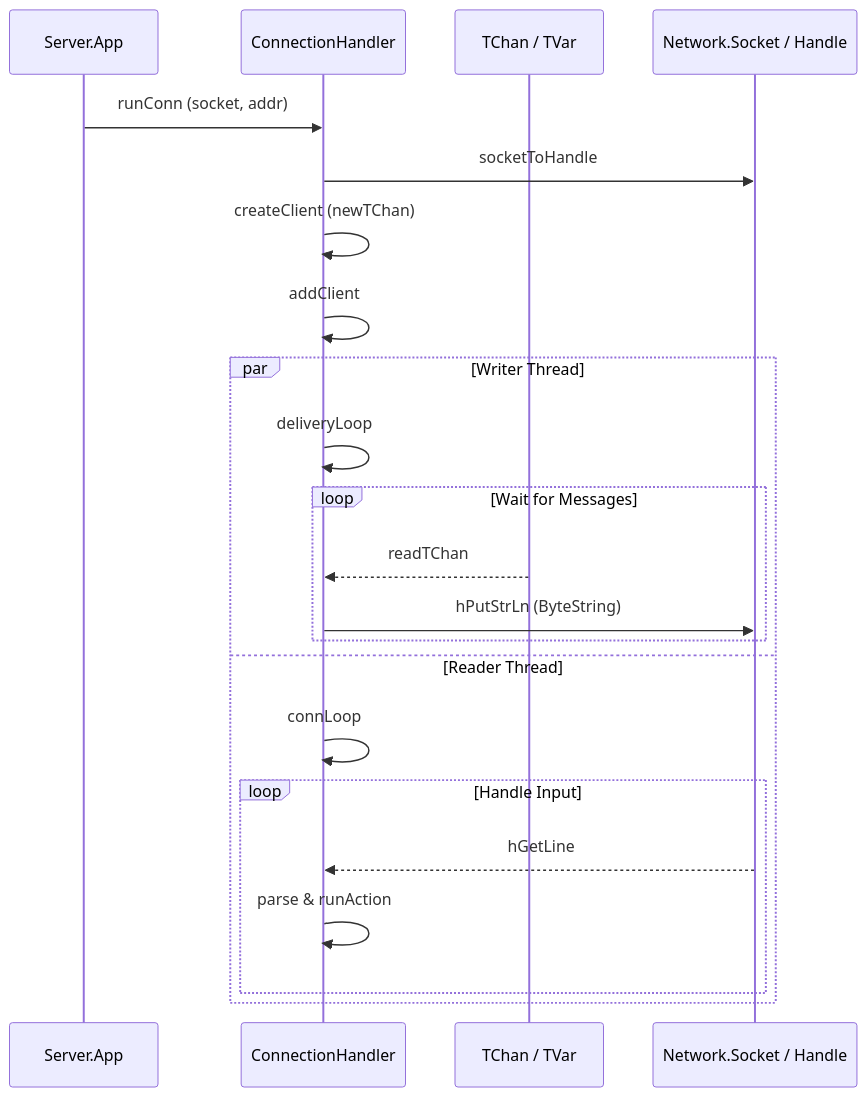
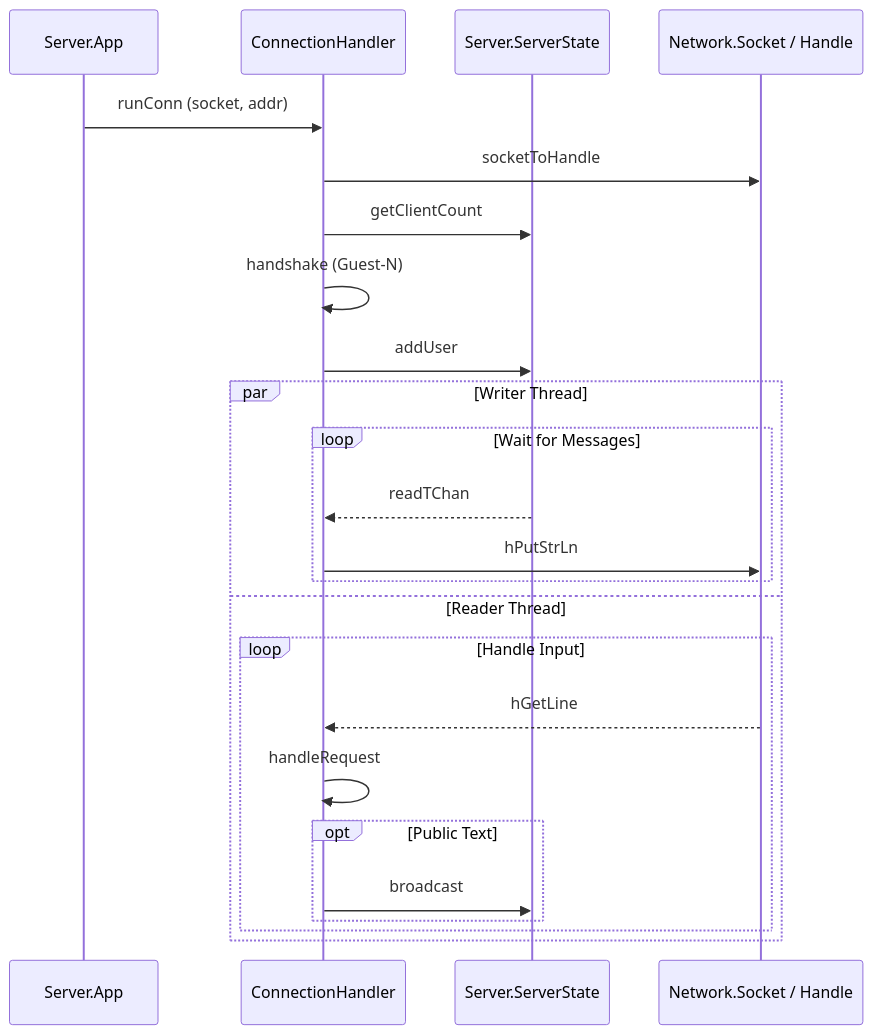
Before and after one commit to hdvvaldes/proyecto1Myp: the second of 2 diagrams in server/doc/design.md, drawn with Mermaid. The commit also changed other lines of this file and 3 other files, not shown here.

````diff
--- a/server/doc/design.md
+++ b/server/doc/design.md
@@ -137,25 +100,27 @@
 ```mermaid
 sequenceDiagram
     participant App as Server.App
     participant Conn as ConnectionHandler
-    participant STM as TChan / TVar
+    participant State as Server.ServerState
     participant Net as Network.Socket / Handle
 
     App->>Conn: runConn (socket, addr)
     Conn->>Net: socketToHandle
-    Conn->>Conn: createClient (newTChan)
-    Conn->>Conn: addClient
+    Conn->>State: getClientCount
+    Conn->>Conn: handshake (Guest-N)
+    Conn->>State: addUser
     par Writer Thread
-        Conn->>Conn: deliveryLoop
         loop Wait for Messages
-            STM-->>Conn: readTChan
-            Conn->>Net: hPutStrLn (ByteString)
+            State-->>Conn: readTChan
+            Conn->>Net: hPutStrLn
         end
     and Reader Thread
-        Conn->>Conn: connLoop
         loop Handle Input
             Net-->>Conn: hGetLine
-            Conn->>Conn: parse & runAction
+            Conn->>Conn: handleRequest
+            opt Public Text
+                Conn->>State: broadcast
+            end
         end
     end
 ```
````
